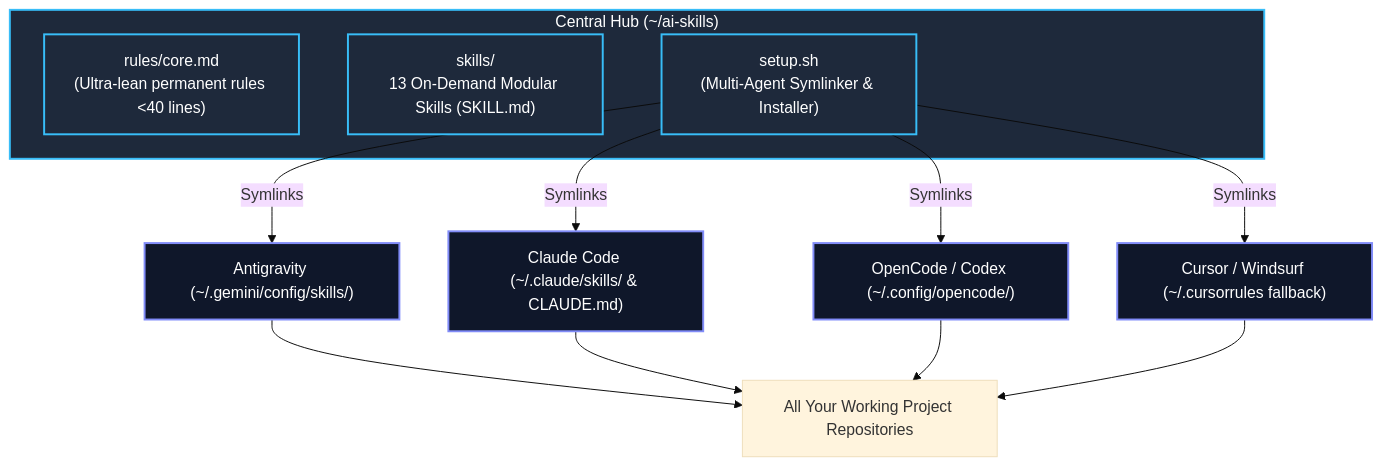
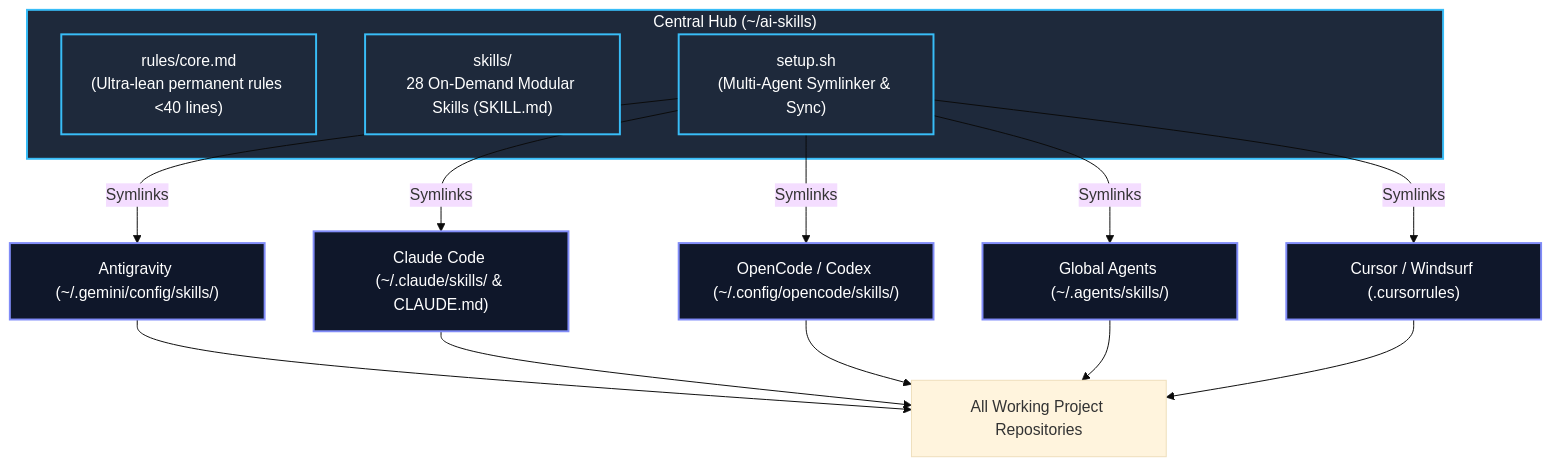
The diagram in README.md (hvtrk/ai-skills), drawn with Mermaid (base theme) before and after one commit. The commit also changed other lines of this file, not shown here.

Commit message:
docs: update README with 28 curated skills, setup commands, and branching policy

````diff
--- a/README.md
+++ b/README.md
@@ -27,23 +27,25 @@
 ```mermaid
 graph TD
     subgraph CentralHub ["Central Hub (~/ai-skills)"]
         Rules["rules/core.md<br>(Ultra-lean permanent rules <40 lines)"]
-        Skills["skills/<br>13 On-Demand Modular Skills (SKILL.md)"]
-        Installer["setup.sh<br>(Multi-Agent Symlinker & Installer)"]
+        Skills["skills/<br>28 On-Demand Modular Skills (SKILL.md)"]
+        Installer["setup.sh<br>(Multi-Agent Symlinker & Sync)"]
     end
 
     Installer -->|Symlinks| AG["Antigravity (~/.gemini/config/skills/)"]
     Installer -->|Symlinks| CC["Claude Code (~/.claude/skills/ & CLAUDE.md)"]
-    Installer -->|Symlinks| OC["OpenCode / Codex (~/.config/opencode/)"]
-    Installer -->|Symlinks| CR["Cursor / Windsurf (~/.cursorrules fallback)"]
+    Installer -->|Symlinks| OC["OpenCode / Codex (~/.config/opencode/skills/)"]
+    Installer -->|Symlinks| GA["Global Agents (~/.agents/skills/)"]
+    Installer -->|Symlinks| CR["Cursor / Windsurf (.cursorrules)"]
 
-    AG --> Repos["All Your Working Project Repositories"]
+    AG --> Repos["All Working Project Repositories"]
     CC --> Repos
     OC --> Repos
+    GA --> Repos
     CR --> Repos
 
     classDef central fill:#1e293b,stroke:#38bdf8,stroke-width:2px,color:#fff;
     classDef harness fill:#0f172a,stroke:#818cf8,stroke-width:2px,color:#fff;
     class CentralHub,Rules,Skills,Installer central;
-    class AG,CC,OC,CR harness;
+    class AG,CC,OC,GA,CR harness;
 ```
````
